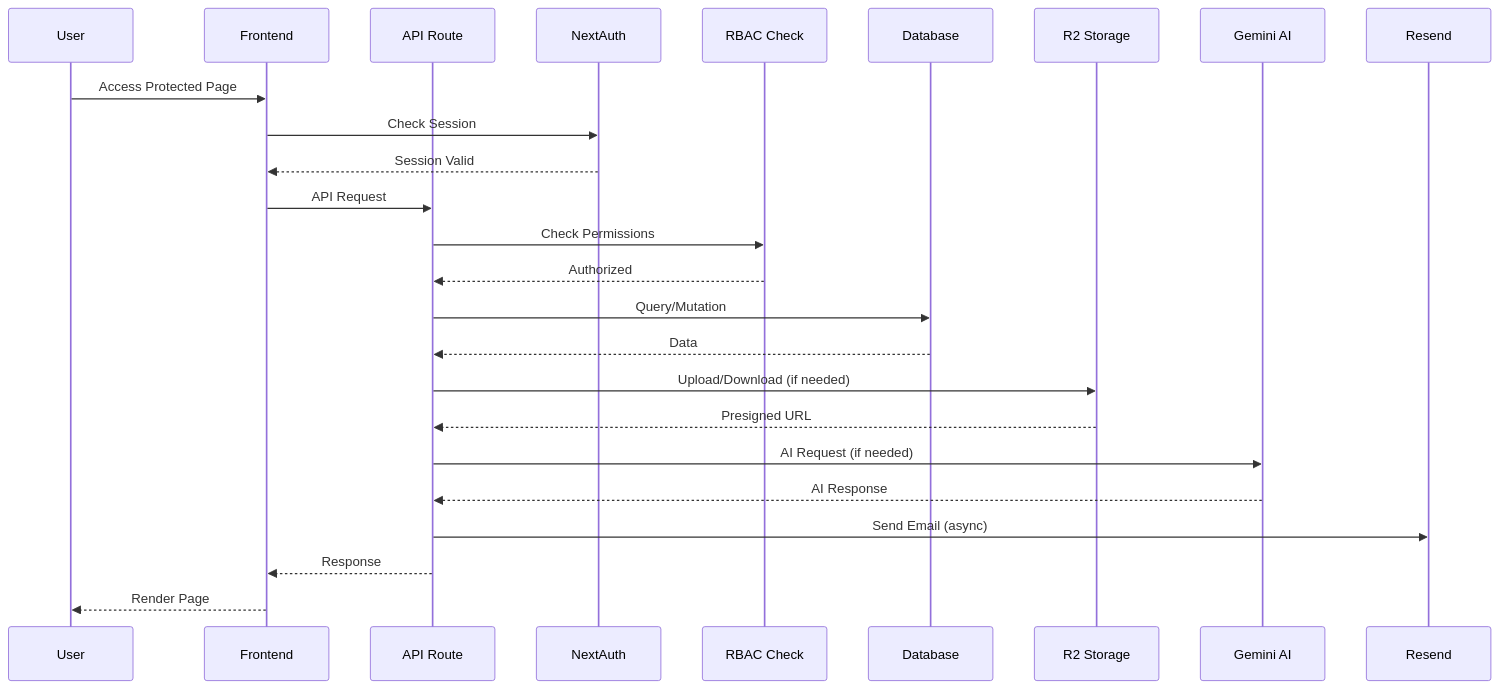
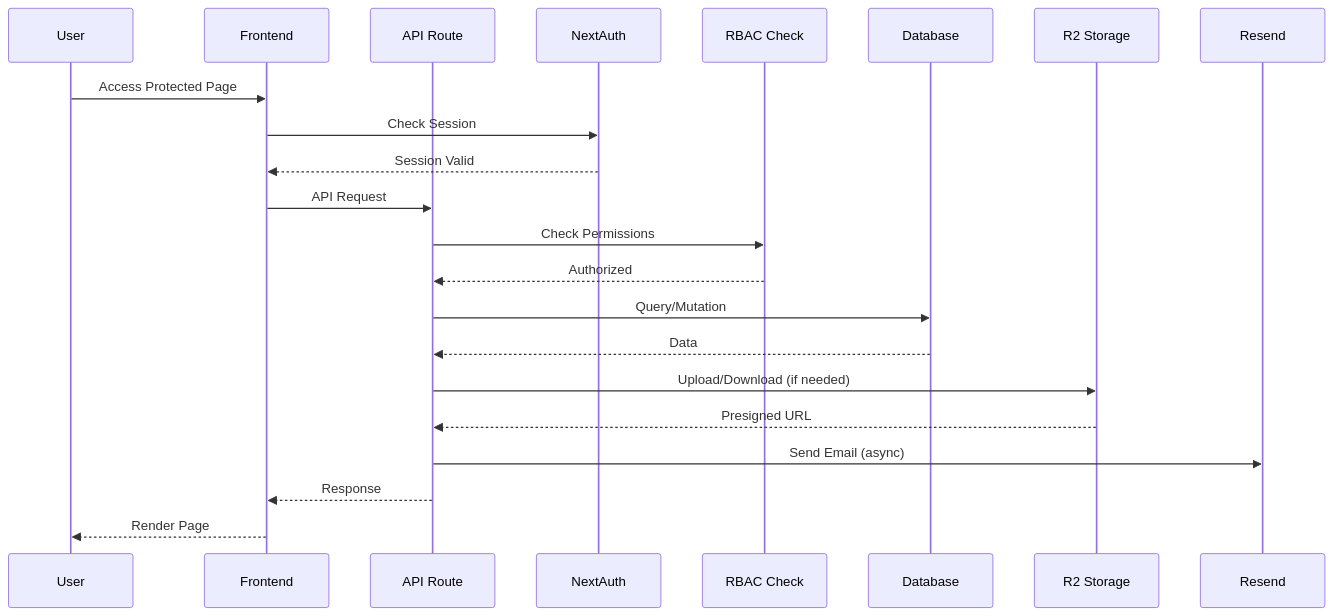
One commit to GameHelix/jetpack_joyride changed the second of 10 diagrams in docs/README.md. Above: the diagram before and after it, drawn with Mermaid. The commit also changed other lines of this file and 15 other files, not shown here.

````diff
--- a/docs/README.md
+++ b/docs/README.md
@@ -109,28 +104,25 @@
 ```mermaid
 sequenceDiagram
     participant U as User
     participant F as Frontend
     participant API as API Route
     participant Auth as NextAuth
     participant RBAC as RBAC Check
     participant DB as Database
     participant S3 as R2 Storage
-    participant AI as Gemini AI
     participant Email as Resend
 
     U->>F: Access Protected Page
     F->>Auth: Check Session
     Auth-->>F: Session Valid
     F->>API: API Request
     API->>RBAC: Check Permissions
     RBAC-->>API: Authorized
     API->>DB: Query/Mutation
     DB-->>API: Data
     API->>S3: Upload/Download (if needed)
     S3-->>API: Presigned URL
-    API->>AI: AI Request (if needed)
-    AI-->>API: AI Response
     API->>Email: Send Email (async)
     API-->>F: Response
     F-->>U: Render Page
 ```
````
